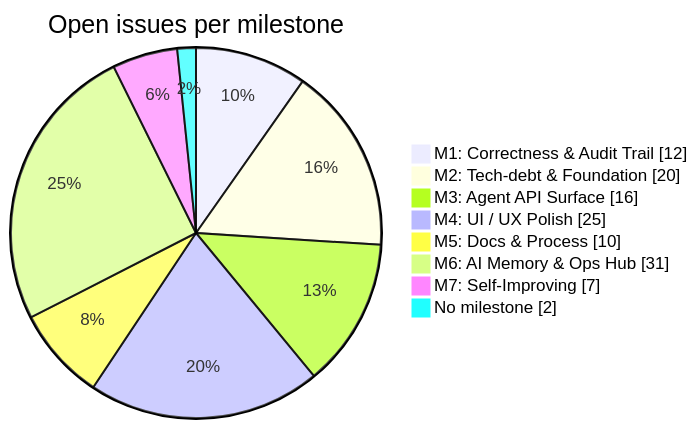
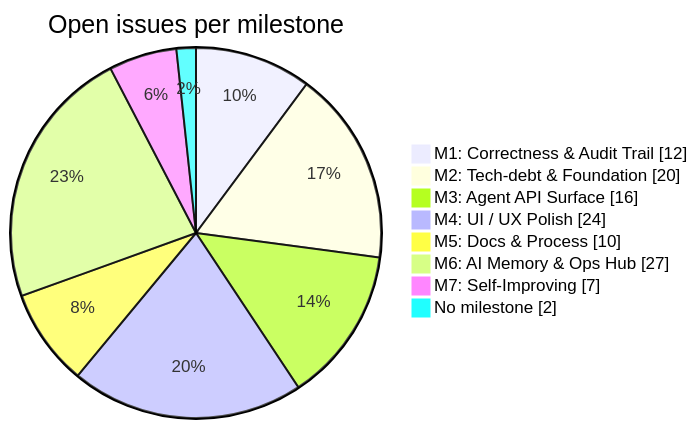
The diagram in docs/BACKLOG.md (joelfuller2016/KanbanFlow-v2), drawn with Mermaid before and after one commit. The commit also changed other lines of this file and 2 other files, not shown here.

````diff
--- a/docs/BACKLOG.md
+++ b/docs/BACKLOG.md
@@ -44,12 +44,12 @@
 ```mermaid
 pie showData
     title Open issues per milestone
     "M1: Correctness & Audit Trail" : 12
     "M2: Tech-debt & Foundation" : 20
     "M3: Agent API Surface" : 16
-    "M4: UI / UX Polish" : 25
+    "M4: UI / UX Polish" : 24
     "M5: Docs & Process" : 10
-    "M6: AI Memory & Ops Hub" : 31
+    "M6: AI Memory & Ops Hub" : 27
     "M7: Self-Improving" : 7
     "No milestone" : 2
 ```
````
